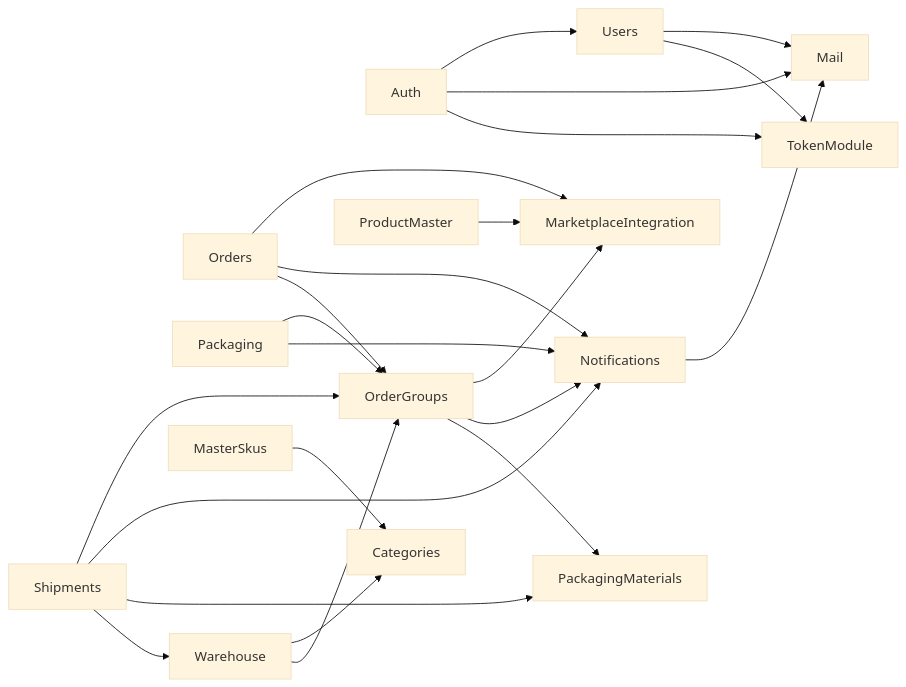
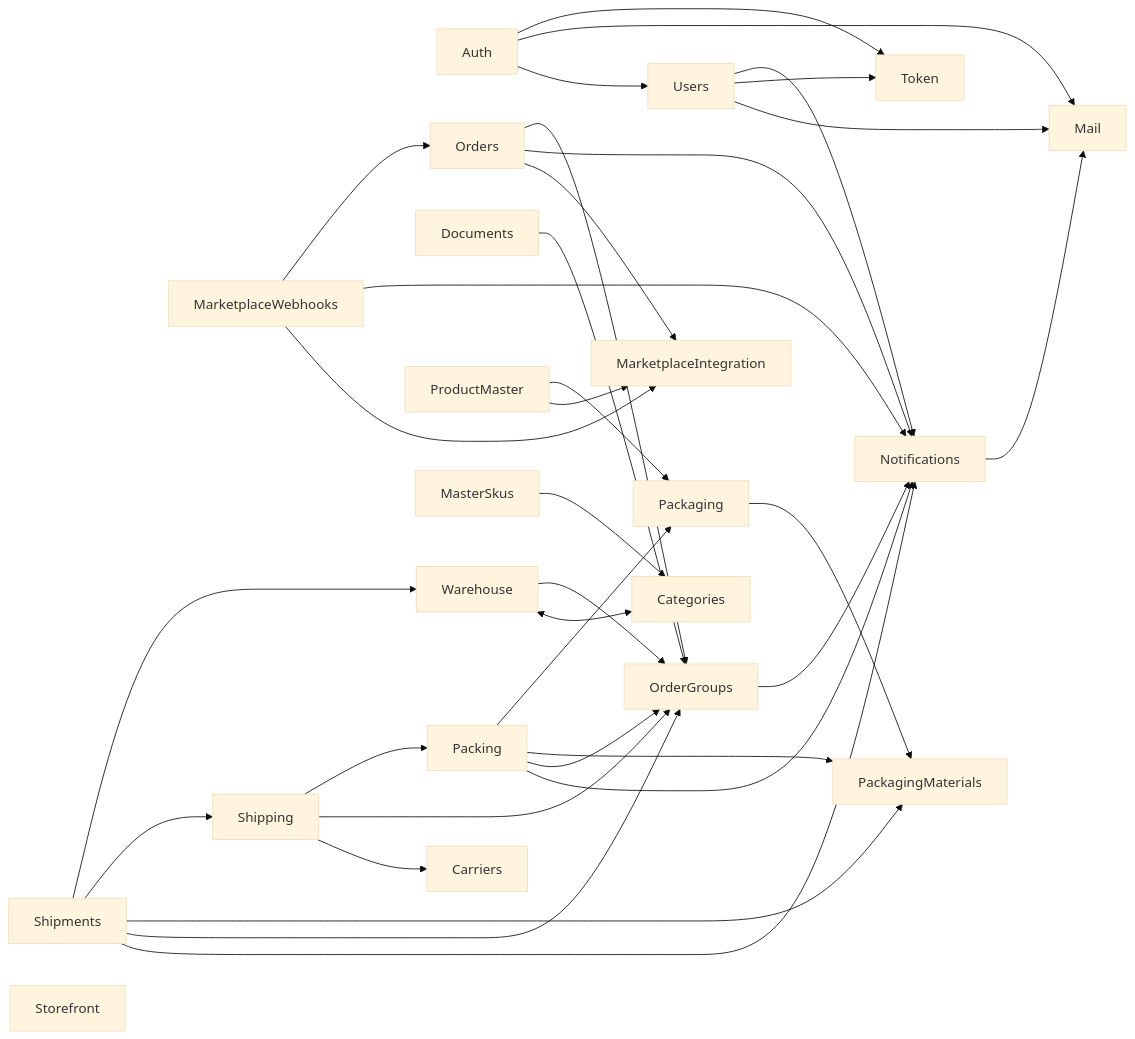
Before and after one commit to ThuaanNguyeen111/OptiPackAI: the second of 2 diagrams in GUIDE_DOC/BE_SPEC/01_CONG_NGHE_VA_KIEN_TRUC.md, drawn with Mermaid (base theme). The commit also changed other lines of this file and 14 other files, not shown here.

Commit message:
docs(AOFP-81): regenerate be spec, erd and fe update checklist from current code

````diff
--- a/GUIDE_DOC/BE_SPEC/01_CONG_NGHE_VA_KIEN_TRUC.md
+++ b/GUIDE_DOC/BE_SPEC/01_CONG_NGHE_VA_KIEN_TRUC.md
@@ -108,14 +116,19 @@
 ```mermaid
 flowchart LR
-    Users --> Mail
-    Users --> Token[TokenModule]
     Auth --> Users & Mail & Token
+    Users --> Mail & Token & Notifications
     Notifications --> Mail
     Orders --> MI[MarketplaceIntegration] & Notifications & OrderGroups
-    OrderGroups --> MI & Notifications & PackagingMaterials
-    Packaging --> OrderGroups & Notifications
-    ProductMaster --> MI
-    Warehouse --> Categories & OrderGroups
+    MW[MarketplaceWebhooks] --> MI & Notifications & Orders
+    OrderGroups --> Notifications
+    Documents --> OrderGroups
+    Packaging --> PackagingMaterials
+    Packing --> Notifications & OrderGroups & PackagingMaterials & Packaging
+    ProductMaster --> MI & Packaging
+    Warehouse <--> Categories
+    Warehouse --> OrderGroups
     MasterSkus --> Categories
-    Shipments --> OrderGroups & Notifications & PackagingMaterials & Warehouse
+    Shipping --> Carriers & OrderGroups & Packing
+    Shipments --> Notifications & OrderGroups & PackagingMaterials & Shipping & Warehouse
+    Storefront
 ```
````
